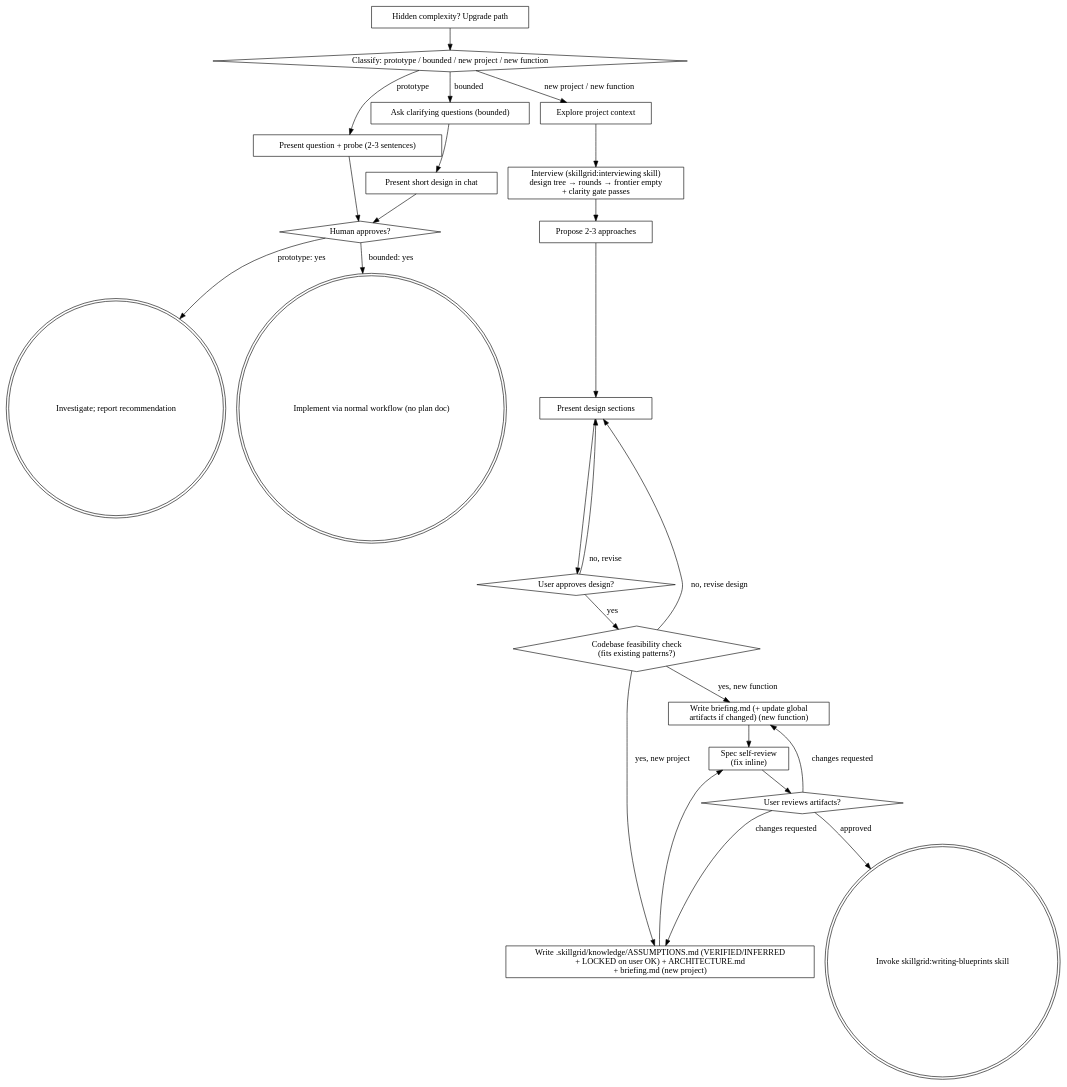
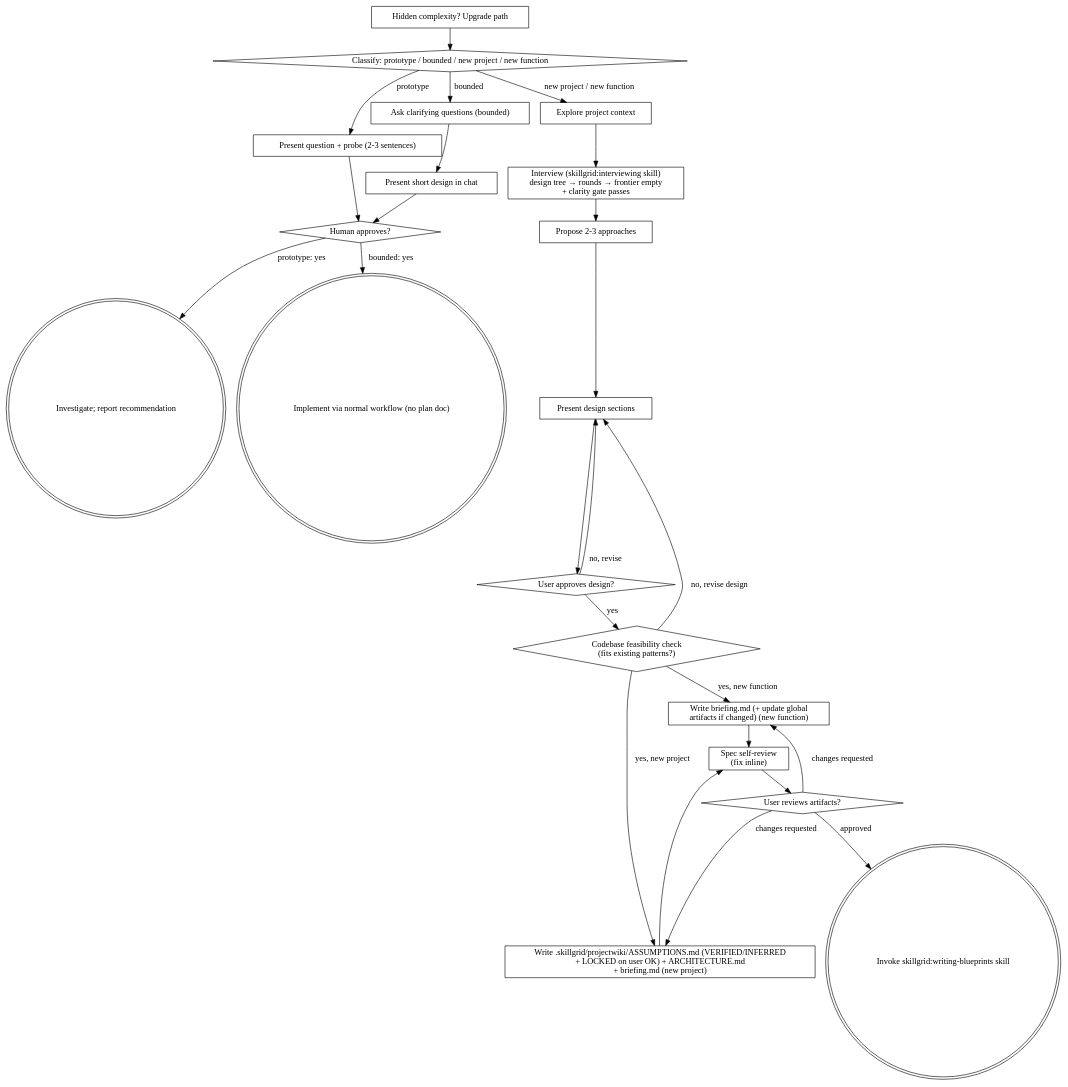
The diagram in .agents/skills/brainstorming/references/paths.md (devopstales/skillgrid), drawn with Graphviz before and after one commit. The commit also changed other lines of this file and 124 other files, not shown here.

First line of the commit message:
refactor(skillgrid): rename kb to projectwiki — vault move, skill rename, repo-wide docs + scripts pass

````diff
--- a/.agents/skills/brainstorming/references/paths.md
+++ b/.agents/skills/brainstorming/references/paths.md
@@ -57,48 +57,48 @@
 ```dot
 digraph brainstorming {
     "Classify: prototype / bounded / new project / new function" [shape=diamond];
     "Present question + probe (2-3 sentences)" [shape=box];
     "Ask clarifying questions (bounded)" [shape=box];
     "Present short design in chat" [shape=box];
     "Human approves?" [shape=diamond];
     "Investigate; report recommendation" [shape=doublecircle];
     "Implement via normal workflow (no plan doc)" [shape=doublecircle];
     "Explore project context" [shape=box];
     "Interview (skillgrid:interviewing skill)\ndesign tree → rounds → frontier empty\n+ clarity gate passes" [shape=box];
     "Propose 2-3 approaches" [shape=box];
     "Present design sections" [shape=box];
     "User approves design?" [shape=diamond];
     "Codebase feasibility check\n(fits existing patterns?)" [shape=diamond];
-    "Write .skillgrid/knowledge/ASSUMPTIONS.md (VERIFIED/INFERRED\n+ LOCKED on user OK) + ARCHITECTURE.md\n+ briefing.md (new project)" [shape=box];
+    "Write .skillgrid/projectwiki/ASSUMPTIONS.md (VERIFIED/INFERRED\n+ LOCKED on user OK) + ARCHITECTURE.md\n+ briefing.md (new project)" [shape=box];
     "Write briefing.md (+ update global\nartifacts if changed) (new function)" [shape=box];
     "Spec self-review\n(fix inline)" [shape=box];
     "User reviews artifacts?" [shape=diamond];
     "Invoke skillgrid:writing-blueprints skill" [shape=doublecircle];
     "Hidden complexity? Upgrade path" [shape=box];
 
     "Classify: prototype / bounded / new project / new function" -> "Present question + probe (2-3 sentences)" [label="prototype"];
     "Classify: prototype / bounded / new project / new function" -> "Ask clarifying questions (bounded)" [label="bounded"];
     "Classify: prototype / bounded / new project / new function" -> "Explore project context" [label="new project / new function"];
     "Present question + probe (2-3 sentences)" -> "Human approves?";
     "Ask clarifying questions (bounded)" -> "Present short design in chat";
     "Present short design in chat" -> "Human approves?";
     "Human approves?" -> "Investigate; report recommendation" [label="prototype: yes"];
     "Human approves?" -> "Implement via normal workflow (no plan doc)" [label="bounded: yes"];
     "Hidden complexity? Upgrade path" -> "Classify: prototype / bounded / new project / new function";
     "Explore project context" -> "Interview (skillgrid:interviewing skill)\ndesign tree → rounds → frontier empty\n+ clarity gate passes";
     "Interview (skillgrid:interviewing skill)\ndesign tree → rounds → frontier empty\n+ clarity gate passes" -> "Propose 2-3 approaches";
     "Propose 2-3 approaches" -> "Present design sections";
     "Present design sections" -> "User approves design?";
     "User approves design?" -> "Present design sections" [label="no, revise"];
     "User approves design?" -> "Codebase feasibility check\n(fits existing patterns?)" [label="yes"];
     "Codebase feasibility check\n(fits existing patterns?)" -> "Present design sections" [label="no, revise design"];
-    "Codebase feasibility check\n(fits existing patterns?)" -> "Write .skillgrid/knowledge/ASSUMPTIONS.md (VERIFIED/INFERRED\n+ LOCKED on user OK) + ARCHITECTURE.md\n+ briefing.md (new project)" [label="yes, new project"];
+    "Codebase feasibility check\n(fits existing patterns?)" -> "Write .skillgrid/projectwiki/ASSUMPTIONS.md (VERIFIED/INFERRED\n+ LOCKED on user OK) + ARCHITECTURE.md\n+ briefing.md (new project)" [label="yes, new project"];
     "Codebase feasibility check\n(fits existing patterns?)" -> "Write briefing.md (+ update global\nartifacts if changed) (new function)" [label="yes, new function"];
-    "Write .skillgrid/knowledge/ASSUMPTIONS.md (VERIFIED/INFERRED\n+ LOCKED on user OK) + ARCHITECTURE.md\n+ briefing.md (new project)" -> "Spec self-review\n(fix inline)";
+    "Write .skillgrid/projectwiki/ASSUMPTIONS.md (VERIFIED/INFERRED\n+ LOCKED on user OK) + ARCHITECTURE.md\n+ briefing.md (new project)" -> "Spec self-review\n(fix inline)";
     "Write briefing.md (+ update global\nartifacts if changed) (new function)" -> "Spec self-review\n(fix inline)";
     "Spec self-review\n(fix inline)" -> "User reviews artifacts?";
-    "User reviews artifacts?" -> "Write .skillgrid/knowledge/ASSUMPTIONS.md (VERIFIED/INFERRED\n+ LOCKED on user OK) + ARCHITECTURE.md\n+ briefing.md (new project)" [label="changes requested"];
+    "User reviews artifacts?" -> "Write .skillgrid/projectwiki/ASSUMPTIONS.md (VERIFIED/INFERRED\n+ LOCKED on user OK) + ARCHITECTURE.md\n+ briefing.md (new project)" [label="changes requested"];
     "User reviews artifacts?" -> "Write briefing.md (+ update global\nartifacts if changed) (new function)" [label="changes requested"];
     "User reviews artifacts?" -> "Invoke skillgrid:writing-blueprints skill" [label="approved"];
 }
 ```
````
